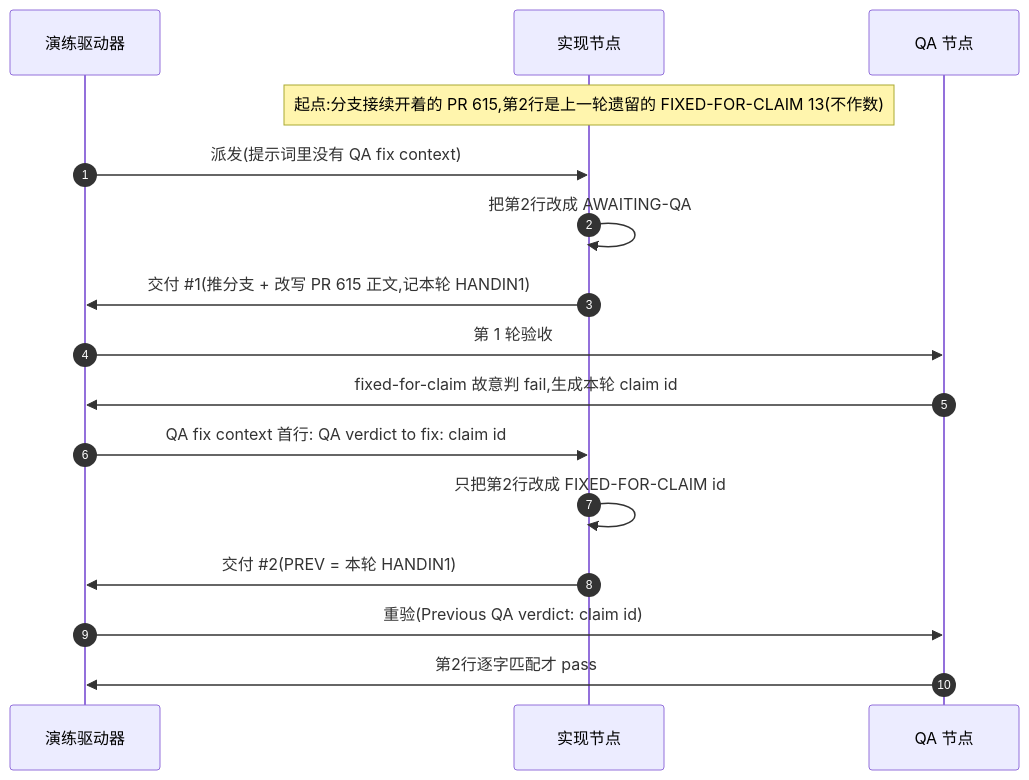
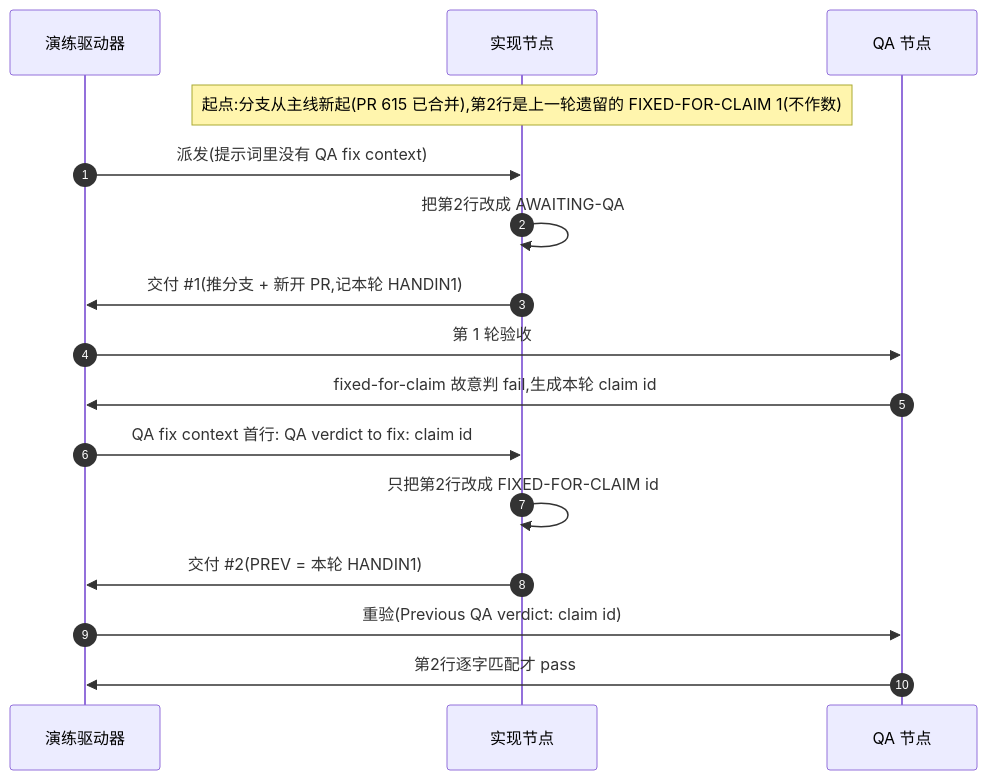
One commit to xrliAnnie/flywheel-qa-sandbox changed the diagram in engineering/doc/FLY-3228-real-runner-drill/d1-core-flow.mmd. Above: the diagram before and after it, drawn with Mermaid. The commit also changed 6 other files, not shown here.

```diff
--- a/engineering/doc/FLY-3228-real-runner-drill/d1-core-flow.mmd
+++ b/engineering/doc/FLY-3228-real-runner-drill/d1-core-flow.mmd
@@ -1,16 +1,16 @@
 sequenceDiagram
     autonumber
     participant D as 演练驱动器
     participant I as 实现节点
     participant Q as QA 节点
-    Note over I: 起点:分支接续开着的 PR 615,第2行是上一轮遗留的 FIXED-FOR-CLAIM 13(不作数)
+    Note over I: 起点:分支从主线新起(PR 615 已合并),第2行是上一轮遗留的 FIXED-FOR-CLAIM 1(不作数)
     D->>I: 派发(提示词里没有 QA fix context)
     I->>I: 把第2行改成 AWAITING-QA
-    I->>D: 交付 #35;1(推分支 + 改写 PR 615 正文,记本轮 HANDIN1)
+    I->>D: 交付 #35;1(推分支 + 新开 PR,记本轮 HANDIN1)
     D->>Q: 第 1 轮验收
     Q->>D: fixed-for-claim 故意判 fail,生成本轮 claim id
     D->>I: QA fix context 首行: QA verdict to fix: claim id
     I->>I: 只把第2行改成 FIXED-FOR-CLAIM id
     I->>D: 交付 #35;2(PREV = 本轮 HANDIN1)
     D->>Q: 重验(Previous QA verdict: claim id)
     Q->>D: 第2行逐字匹配才 pass
```
